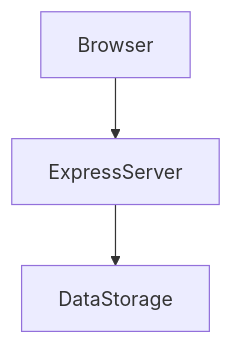
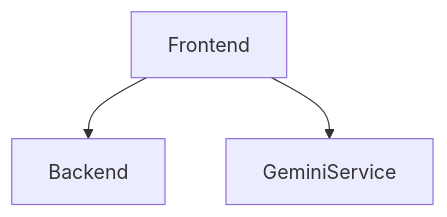
Before and after one commit to yogithasivakumar/FocusZen: the first of 2 diagrams in README.md, drawn with Mermaid. The commit also changed other lines of this file, not shown here.

````diff
--- a/README.md
+++ b/README.md
@@ -11,5 +11,5 @@
 ```mermaid
 flowchart TD
-    Browser --> ExpressServer
-    ExpressServer --> DataStorage
+    Frontend --> Backend
+    Frontend --> GeminiService
 ```
````
